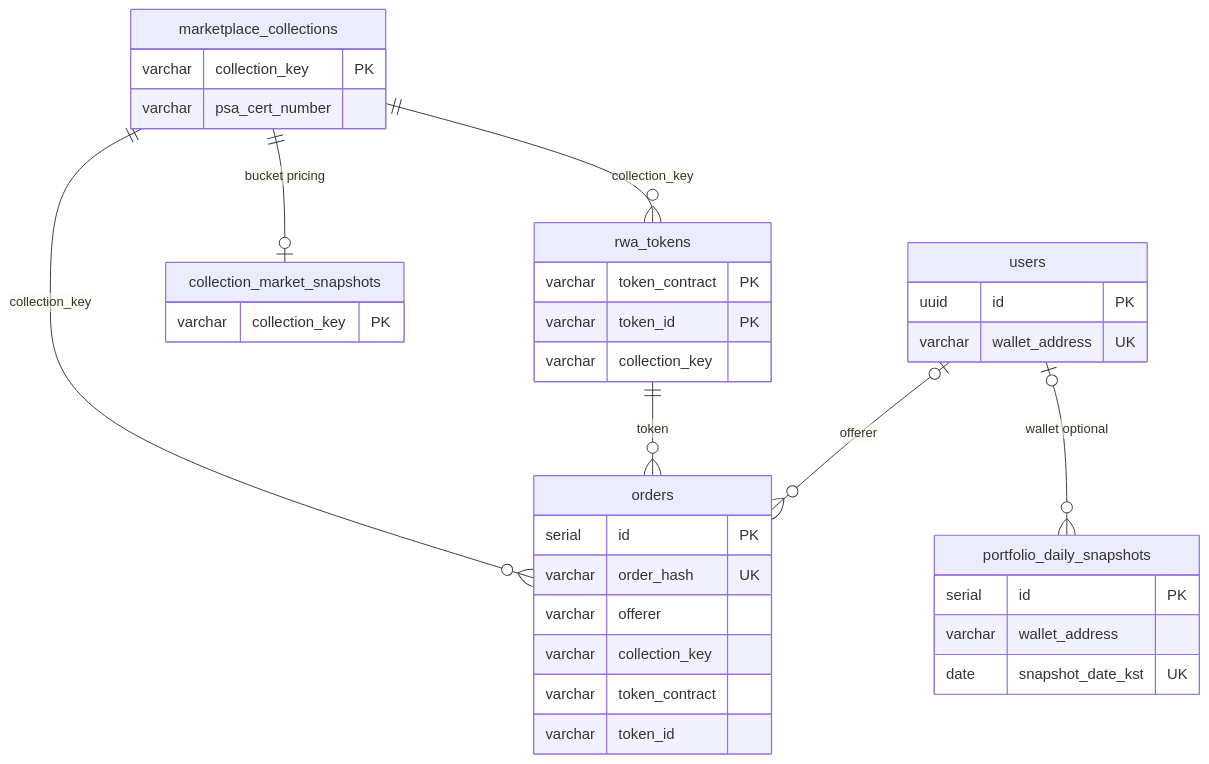
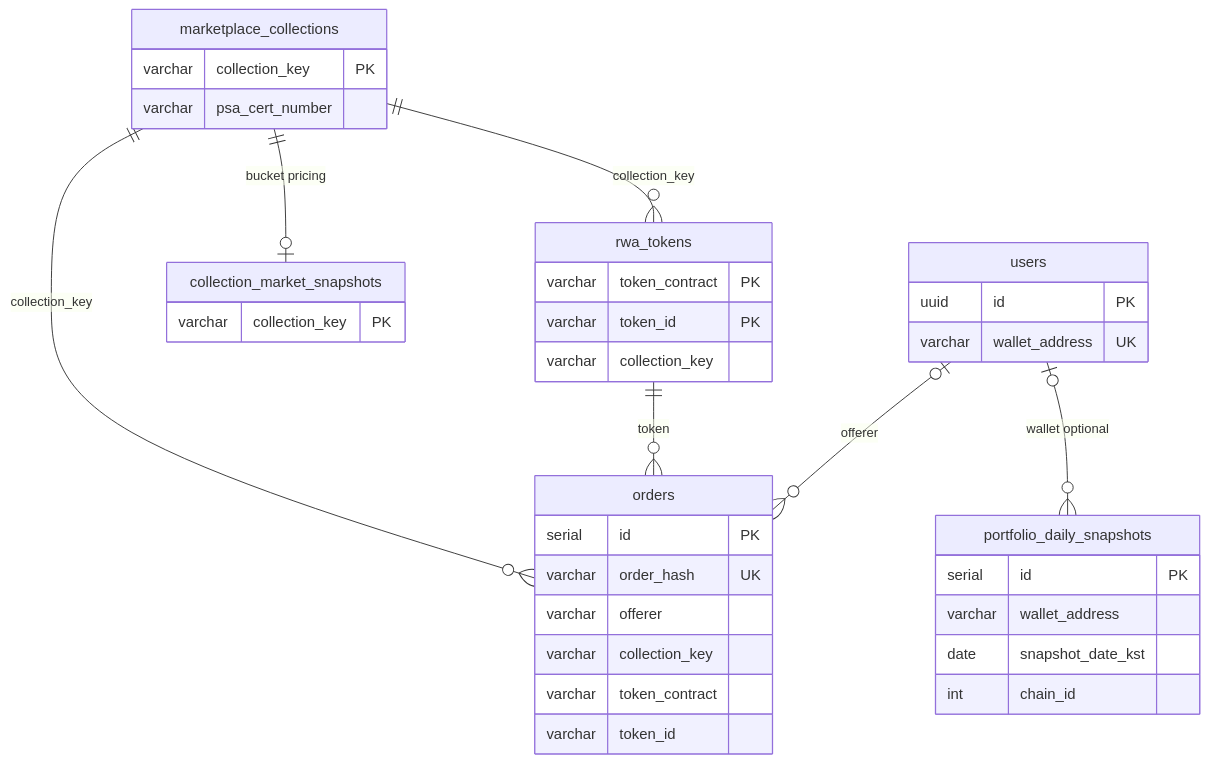
The third of 5 diagrams in docs/diagrams/marketplace-lifecycle.en.md (tokenable-dev/tokenable-dev), drawn with Mermaid before and after one commit. The commit also changed 166 other files, not shown here.

````diff
--- a/docs/diagrams/marketplace-lifecycle.en.md
+++ b/docs/diagrams/marketplace-lifecycle.en.md
@@ -217,39 +217,40 @@
 ```mermaid
 erDiagram
     users {
         uuid id PK
         varchar wallet_address UK
     }
     marketplace_collections {
         varchar collection_key PK
         varchar psa_cert_number
     }
     collection_market_snapshots {
         varchar collection_key PK
     }
     rwa_tokens {
         varchar token_contract PK
         varchar token_id PK
         varchar collection_key
     }
     orders {
         serial id PK
         varchar order_hash UK
         varchar offerer
         varchar collection_key
         varchar token_contract
         varchar token_id
     }
     portfolio_daily_snapshots {
         serial id PK
         varchar wallet_address
-        date snapshot_date_kst UK
+        date snapshot_date_kst
+        int chain_id
     }
 
     marketplace_collections ||--o| collection_market_snapshots : "bucket pricing"
     marketplace_collections ||--o{ orders : "collection_key"
     marketplace_collections ||--o{ rwa_tokens : "collection_key"
     rwa_tokens ||--o{ orders : "token"
     users |o--o{ orders : "offerer"
     users |o--o{ portfolio_daily_snapshots : "wallet optional"
 ```
````
